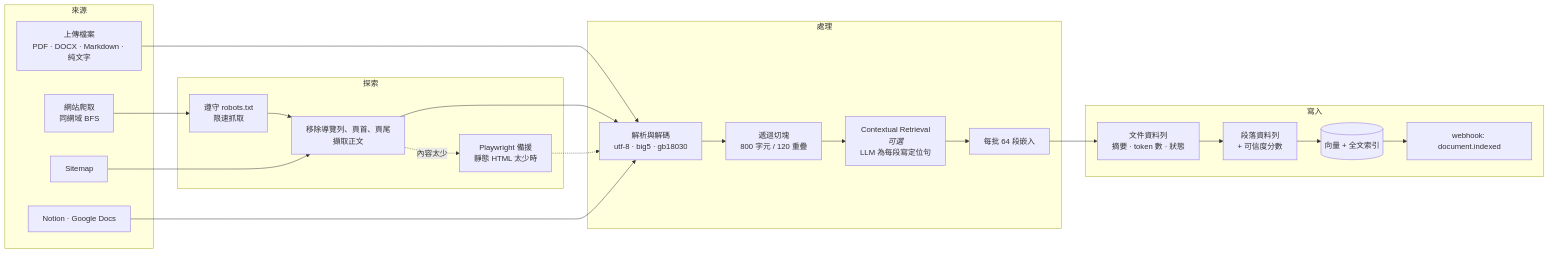
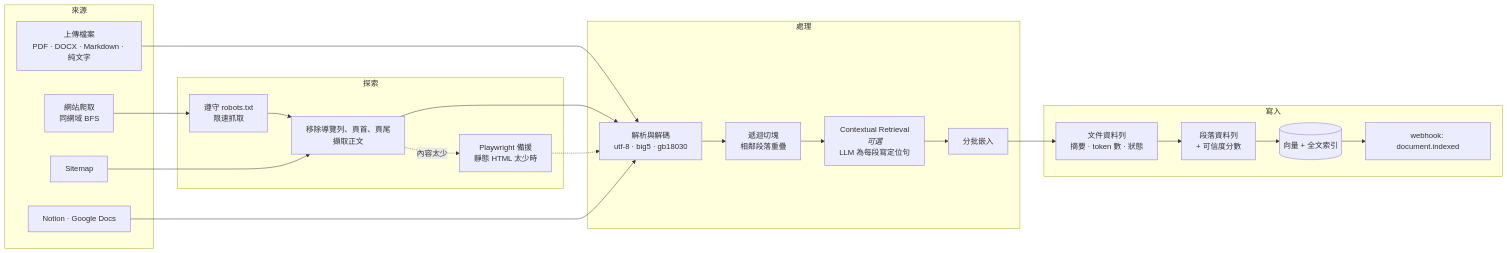
Before and after one commit to ShiYu0318/EmbAId-Agent: the third of 3 diagrams in README.zh-TW.md, drawn with Mermaid. The commit also changed other lines of this file and 1 other file, not shown here.

````diff
--- a/README.zh-TW.md
+++ b/README.zh-TW.md
@@ -335,37 +335,37 @@
 ```mermaid
 flowchart LR
     subgraph sources["來源"]
         up["上傳檔案<br/>PDF · DOCX · Markdown · 純文字"]
         crawl["網站爬取<br/>同網域 BFS"]
         sm["Sitemap"]
         conn["Notion · Google Docs"]
     end
 
     subgraph expand["探索"]
         robots["遵守 robots.txt<br/>限速抓取"]
         readable["移除導覽列、頁首、頁尾<br/>擷取正文"]
         play["Playwright 備援<br/>靜態 HTML 太少時"]
     end
 
     subgraph process["處理"]
         parse["解析與解碼<br/>utf-8 · big5 · gb18030"]
-        chunkit["遞迴切塊<br/>800 字元 / 120 重疊"]
+        chunkit["遞迴切塊<br/>相鄰段落重疊"]
         ctx["Contextual Retrieval<br/><i>可選</i><br/>LLM 為每段寫定位句"]
-        emb["每批 64 段嵌入"]
+        emb["分批嵌入"]
     end
 
     subgraph out["寫入"]
         docrow["文件資料列<br/>摘要 · token 數 · 狀態"]
         chunks["段落資料列<br/>+ 可信度分數"]
         index[("向量 + 全文索引")]
         hook["webhook: document.indexed"]
     end
 
     up --> parse
     crawl --> robots --> readable --> parse
     sm --> readable
     conn --> parse
     readable -.->|"內容太少"| play -.-> parse
     parse --> chunkit --> ctx --> emb
     emb --> docrow --> chunks --> index --> hook
 ```
````
